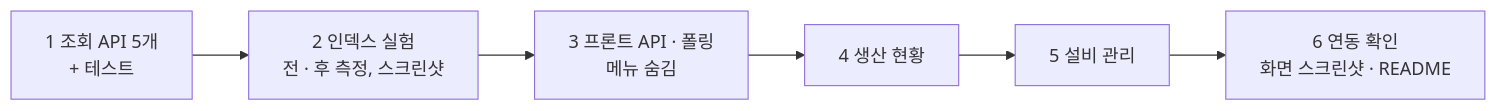
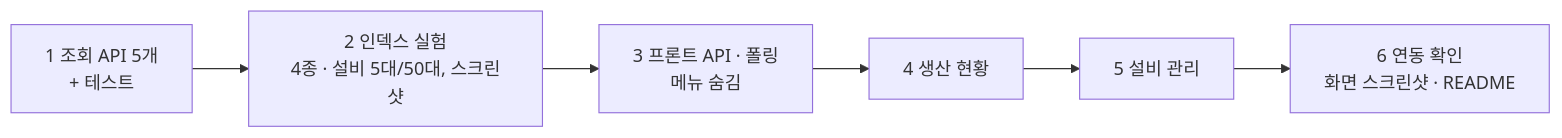
One commit to popcorn0125/mes-study changed the fourth of 4 diagrams in docs/plans/dashboard-monitoring-api.md. Above: the diagram before and after it, drawn with Mermaid. The commit also changed other lines of this file, not shown here.

First line of the commit message:
docs: 인덱스 비교 실험을 4종 · 설비 5대/50대 비교로 확장

````diff
--- a/docs/plans/dashboard-monitoring-api.md
+++ b/docs/plans/dashboard-monitoring-api.md
@@ -182,8 +217,8 @@
 ```mermaid
 flowchart LR
-  A["1 조회 API 5개<br/>+ 테스트"] --> B["2 인덱스 실험<br/>전 · 후 측정, 스크린샷"]
+  A["1 조회 API 5개<br/>+ 테스트"] --> B["2 인덱스 실험<br/>4종 · 설비 5대/50대, 스크린샷"]
   B --> C["3 프론트 API · 폴링<br/>메뉴 숨김"]
   C --> D["4 생산 현황"]
   D --> E["5 설비 관리"]
   E --> F["6 연동 확인<br/>화면 스크린샷 · README"]
 ```
````
